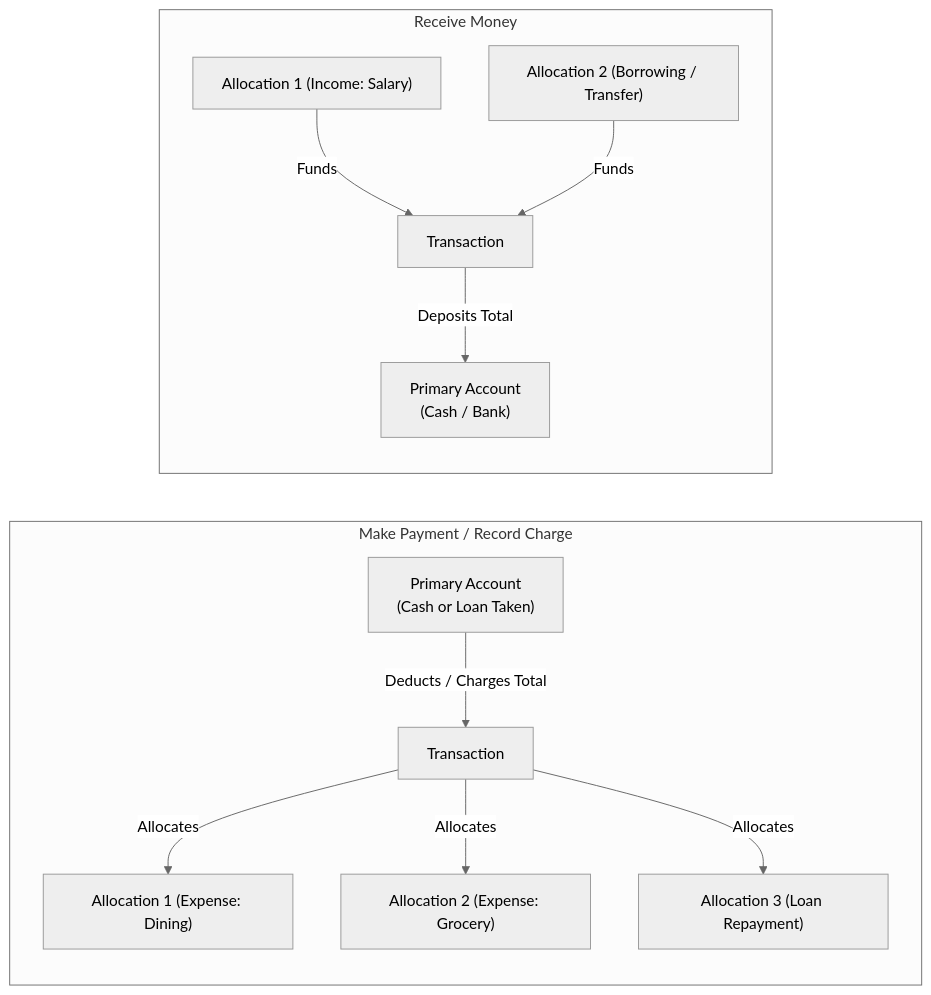
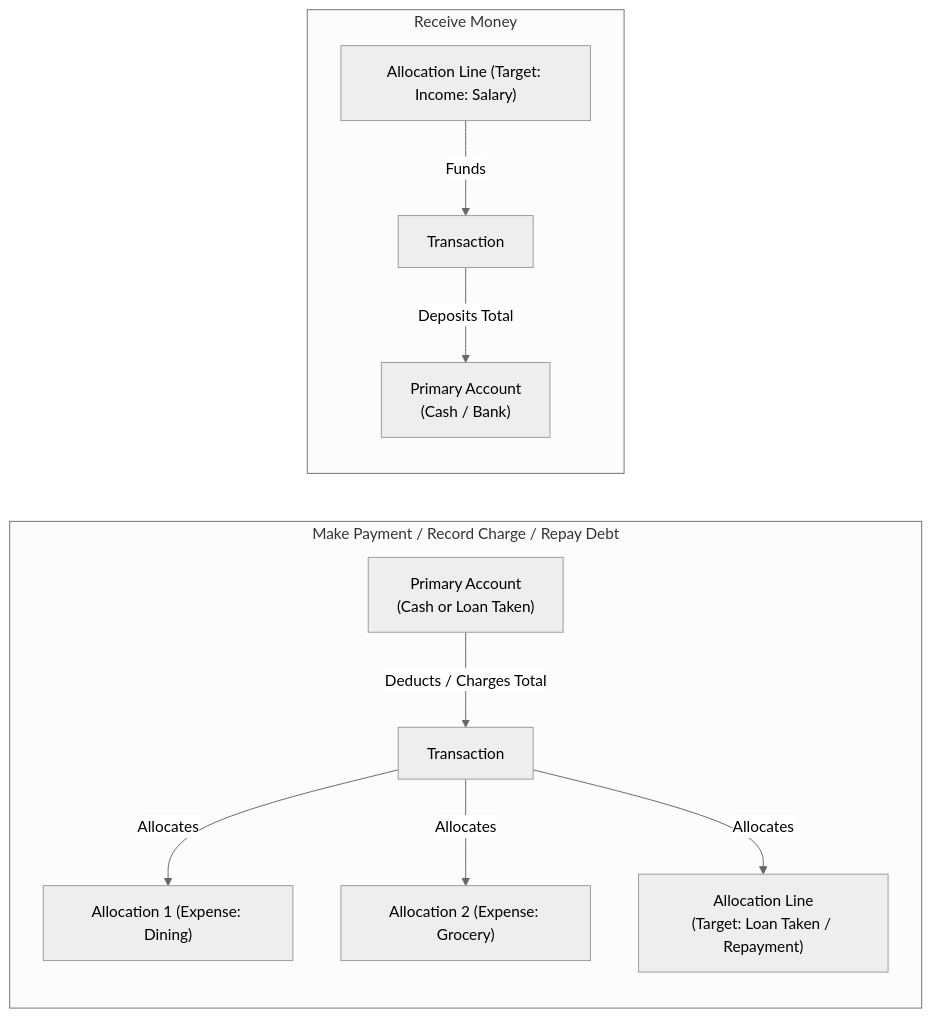
The third of 3 diagrams in docs/system-sds.md (Pilaiwan3492/Whatsss-PMandELS), drawn with Mermaid (neutral theme) before and after one commit. The commit also changed other lines of this file and 6 other files, not shown here.

````diff
--- a/docs/system-sds.md
+++ b/docs/system-sds.md
@@ -138,15 +138,14 @@
 ```mermaid
 flowchart LR
-    subgraph Form1 ["Make Payment / Record Charge"]
+    subgraph Form1 ["Make Payment / Record Charge / Repay Debt"]
         SourceAcc["Primary Account\n(Cash or Loan Taken)"] -- "Deducts / Charges Total" --> Txn1["Transaction"]
         Txn1 -- "Allocates" --> Alloc1["Allocation 1 (Expense: Dining)"]
         Txn1 -- "Allocates" --> Alloc2["Allocation 2 (Expense: Grocery)"]
-        Txn1 -- "Allocates" --> Alloc3["Allocation 3 (Loan Repayment)"]
+        Txn1 -- "Allocates" --> Alloc3["Allocation Line\n(Target: Loan Taken / Repayment)"]
     end
 
     subgraph Form2 ["Receive Money"]
         Txn2["Transaction"] -- "Deposits Total" --> DestAcc["Primary Account\n(Cash / Bank)"]
-        Alloc4["Allocation 1 (Income: Salary)"] -- "Funds" --> Txn2
-        Alloc5["Allocation 2 (Borrowing / Transfer)"] -- "Funds" --> Txn2
+        Alloc4["Allocation Line (Target: Income: Salary)"] -- "Funds" --> Txn2
     end
 ```
````
